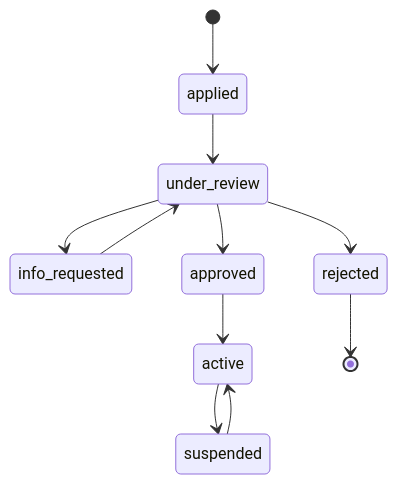
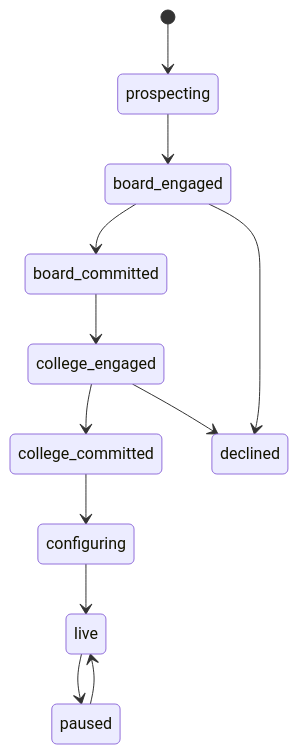
The second of 6 diagrams in docs/user-story.md (SteveWeed79/opp-eco), drawn with Mermaid before and after one commit. The commit also changed other lines of this file and 1 other file, not shown here.

````diff
--- a/docs/user-story.md
+++ b/docs/user-story.md
@@ -84,13 +35,14 @@
 ```mermaid
 stateDiagram-v2
-    [*] --> applied
-    applied --> under_review
-    under_review --> info_requested
-    info_requested --> under_review
-    under_review --> approved
-    under_review --> rejected
-    approved --> active
-    active --> suspended
-    suspended --> active
-    rejected --> [*]
+    [*] --> prospecting
+    prospecting --> board_engaged
+    board_engaged --> board_committed
+    board_committed --> college_engaged
+    college_engaged --> college_committed
+    college_committed --> configuring
+    configuring --> live
+    live --> paused
+    paused --> live
+    board_engaged --> declined
+    college_engaged --> declined
 ```
````
